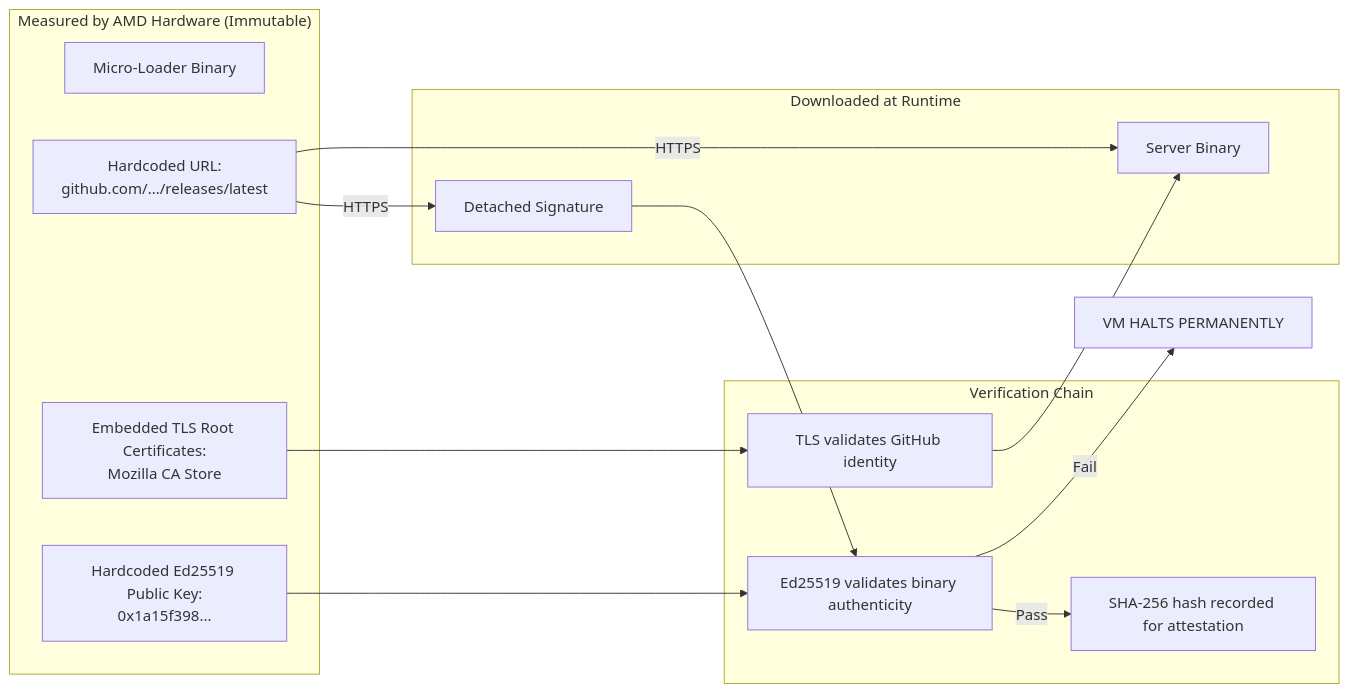
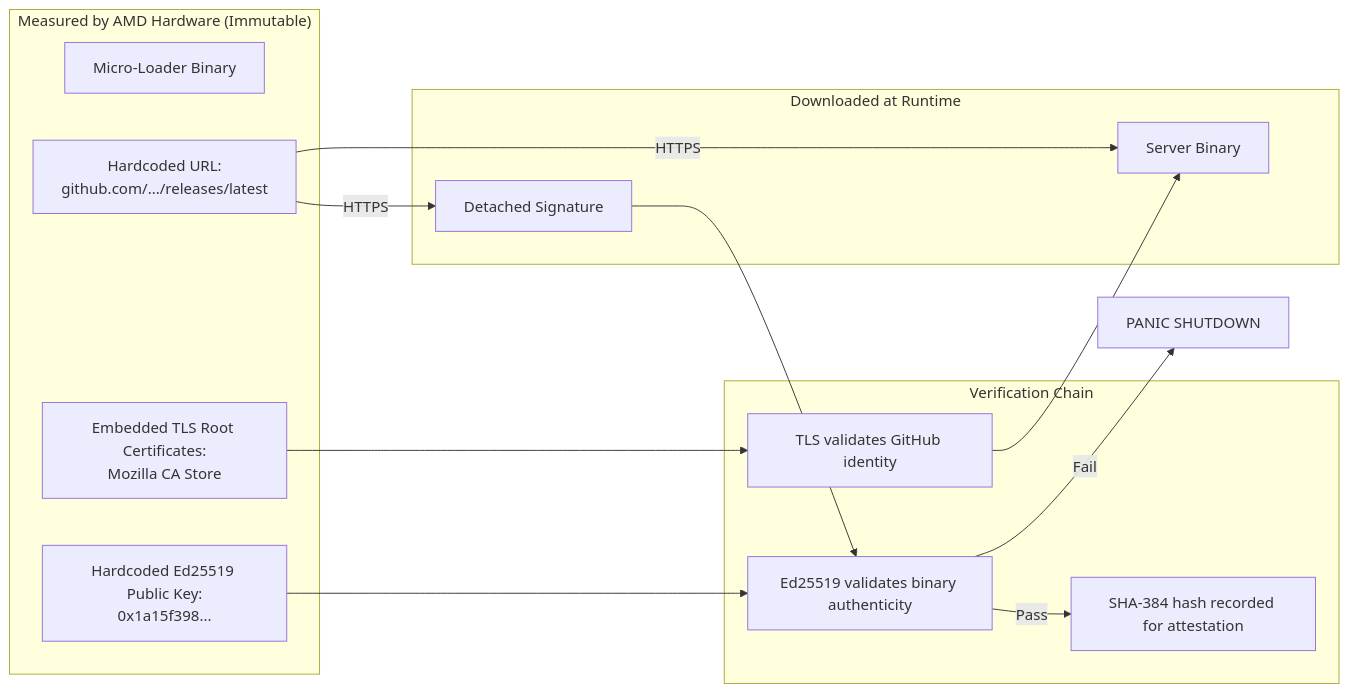
Before and after one commit to deadrouter-ai/sev-micro-loader: the first of 2 diagrams in docs/loader_security.md, drawn with Mermaid. The commit also changed other lines of this file and 7 other files, not shown here.

````diff
--- a/docs/loader_security.md
+++ b/docs/loader_security.md
@@ -11,26 +11,26 @@
 ```mermaid
 flowchart LR
     subgraph MEASURED["Measured by AMD Hardware (Immutable)"]
         LOADER["Micro-Loader Binary"]
         URL["Hardcoded URL:<br/>github.com/.../releases/latest"]
         KEY["Hardcoded Ed25519 Public Key:<br/>0x1a15f398..."]
         CA["Embedded TLS Root Certificates:<br/>Mozilla CA Store"]
     end
     subgraph RUNTIME["Downloaded at Runtime"]
         BIN["Server Binary"]
         SIG["Detached Signature"]
     end
     subgraph VERIFY["Verification Chain"]
         TLS["TLS validates GitHub identity"]
         SIGCHECK["Ed25519 validates binary authenticity"]
-        HASH["SHA-256 hash recorded for attestation"]
+        HASH["SHA-384 hash recorded for attestation"]
     end
     URL -->|HTTPS| BIN
     URL -->|HTTPS| SIG
     CA --> TLS
     TLS --> BIN
     KEY --> SIGCHECK
     SIG --> SIGCHECK
     SIGCHECK -->|Pass| HASH
-    SIGCHECK -->|Fail| HALT["VM HALTS PERMANENTLY"]
+    SIGCHECK -->|Fail| HALT["PANIC SHUTDOWN"]
 ```
````
